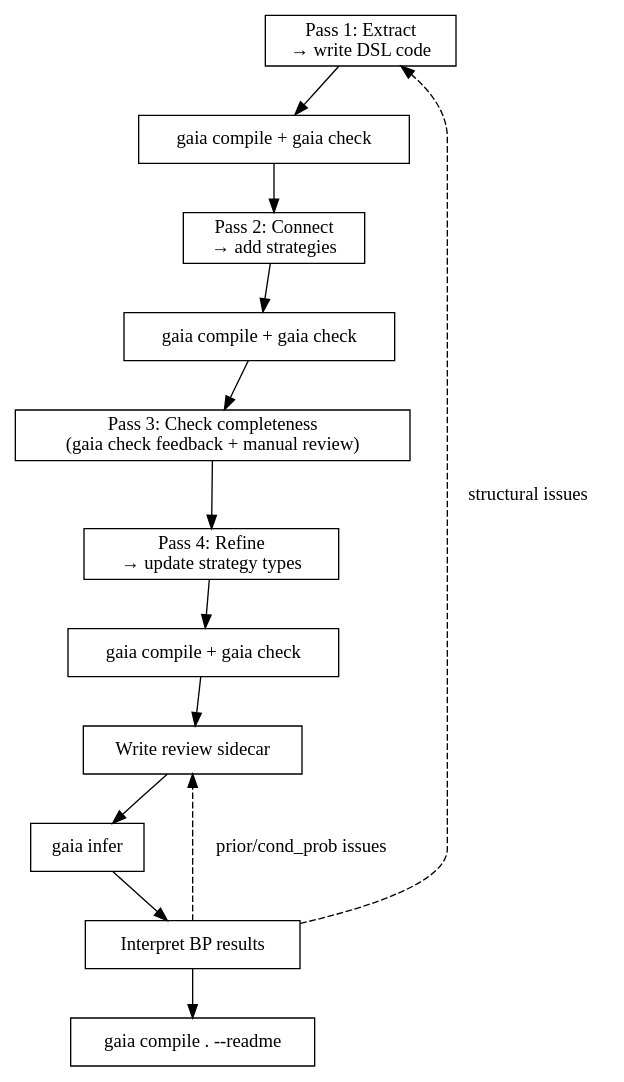
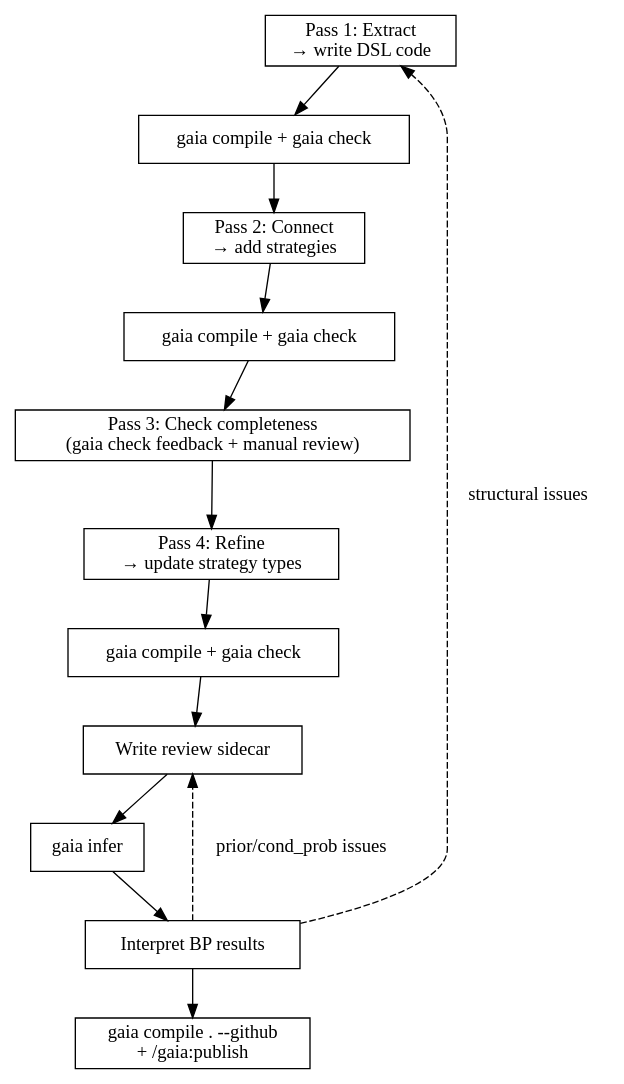
Before and after one commit to SiliconEinstein/Gaia: the first of 2 diagrams in skills/formalization/SKILL.md, drawn with Graphviz. The commit also changed other lines of this file, not shown here.

Commit message:
docs(skills): recommend --github in formalization skill

````diff
--- a/skills/formalization/SKILL.md
+++ b/skills/formalization/SKILL.md
@@ -18,23 +18,23 @@
 ```dot
 digraph formalization {
     rankdir=TB;
     node [shape=box];
 
     p1 [label="Pass 1: Extract\n→ write DSL code"];
     r1 [label="gaia compile + gaia check"];
     p2 [label="Pass 2: Connect\n→ add strategies"];
     r2 [label="gaia compile + gaia check"];
     p3 [label="Pass 3: Check completeness\n(gaia check feedback + manual review)"];
     p4 [label="Pass 4: Refine\n→ update strategy types"];
     r4 [label="gaia compile + gaia check"];
     review [label="Write review sidecar"];
     compile [label="gaia infer"];
     interpret [label="Interpret BP results"];
-    readme [label="gaia compile . --readme"];
+    github [label="gaia compile . --github\n+ /gaia:publish"];
 
     p1 -> r1 -> p2 -> r2 -> p3 -> p4 -> r4 -> review -> compile -> interpret;
     interpret -> p1 [label="structural issues" style=dashed];
     interpret -> review [label="prior/cond_prob issues" style=dashed];
-    interpret -> readme;
+    interpret -> github;
 }
 ```
````
